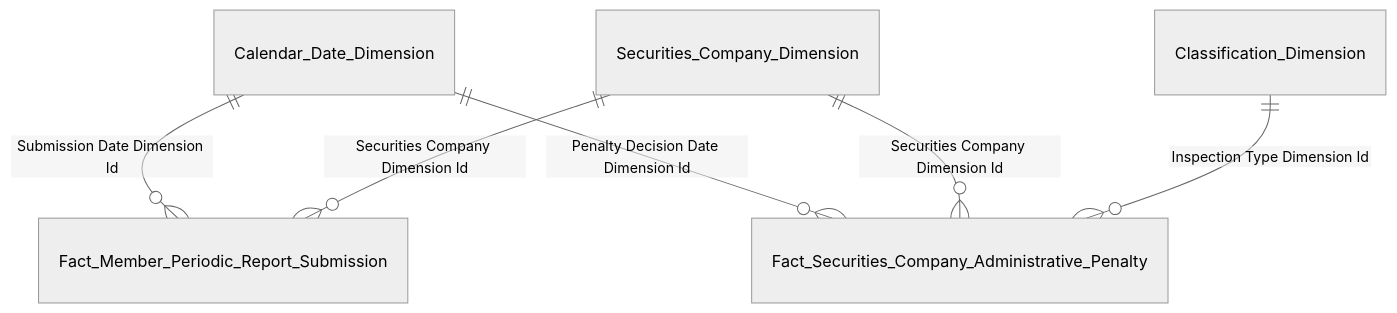
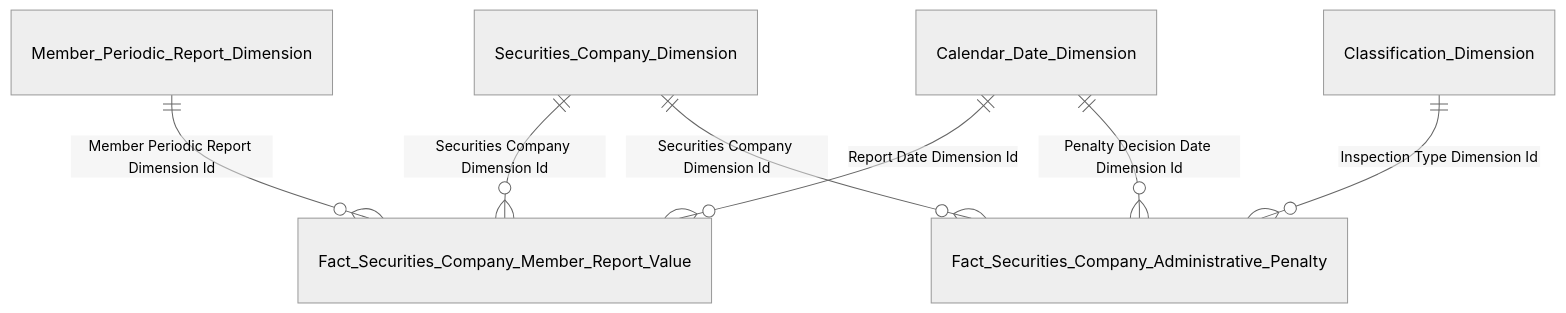
Diagram 41 of 44 in Gold/hld/GOLD_QLKD_HLD.md (linhlvit/ubck_atomic_design), drawn with Mermaid (neutral theme) before and after one commit. The commit also changed other lines of this file, not shown here.

````diff
--- a/Gold/hld/GOLD_QLKD_HLD.md
+++ b/Gold/hld/GOLD_QLKD_HLD.md
@@ -1797,8 +1805,9 @@
 ```mermaid
 erDiagram
-    Calendar_Date_Dimension ||--o{ Fact_Member_Periodic_Report_Submission : "Submission Date Dimension Id"
-    Securities_Company_Dimension ||--o{ Fact_Member_Periodic_Report_Submission : "Securities Company Dimension Id"
+    Member_Periodic_Report_Dimension ||--o{ Fact_Securities_Company_Member_Report_Value : "Member Periodic Report Dimension Id"
+    Securities_Company_Dimension ||--o{ Fact_Securities_Company_Member_Report_Value : "Securities Company Dimension Id"
+    Calendar_Date_Dimension ||--o{ Fact_Securities_Company_Member_Report_Value : "Report Date Dimension Id"
     Calendar_Date_Dimension ||--o{ Fact_Securities_Company_Administrative_Penalty : "Penalty Decision Date Dimension Id"
     Securities_Company_Dimension ||--o{ Fact_Securities_Company_Administrative_Penalty : "Securities Company Dimension Id"
     Classification_Dimension ||--o{ Fact_Securities_Company_Administrative_Penalty : "Inspection Type Dimension Id"
 ```
````
